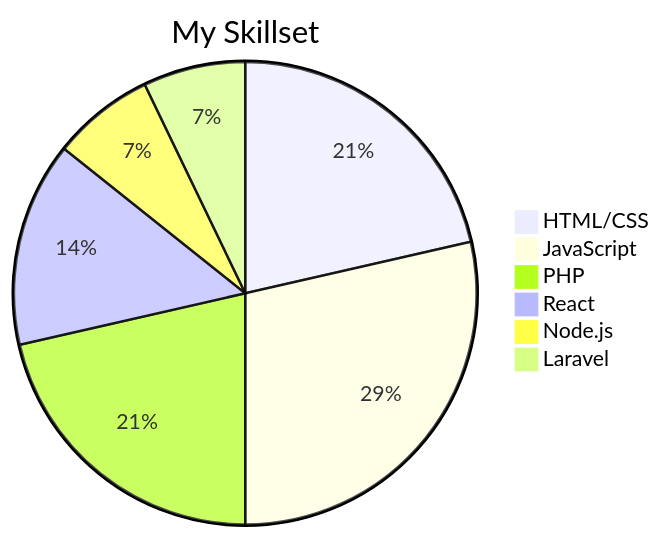
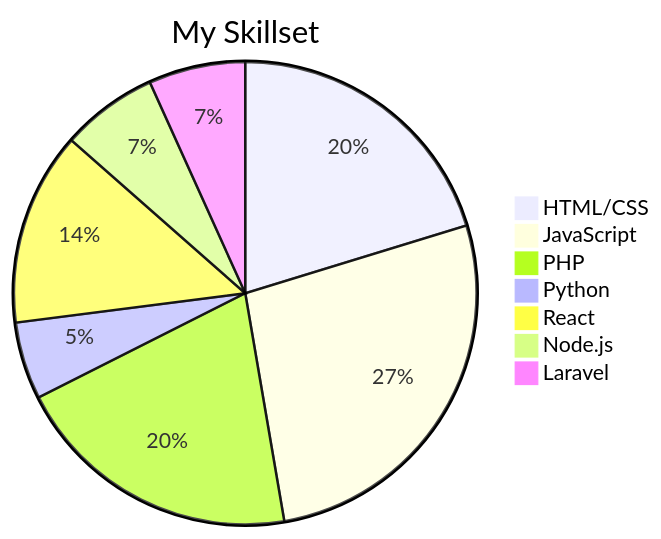
The diagram in README.md (TaqdeesHigh/TaqdeesHigh), drawn with Mermaid before and after one commit.

````diff
--- a/README.md
+++ b/README.md
@@ -25,10 +25,11 @@
 ```mermaid
 pie
     title My Skillset
     "HTML/CSS": 15
     "JavaScript": 20
     "PHP": 15
+    "Python": 4
     "React": 10
     "Node.js": 5
     "Laravel": 5
 ```
````
